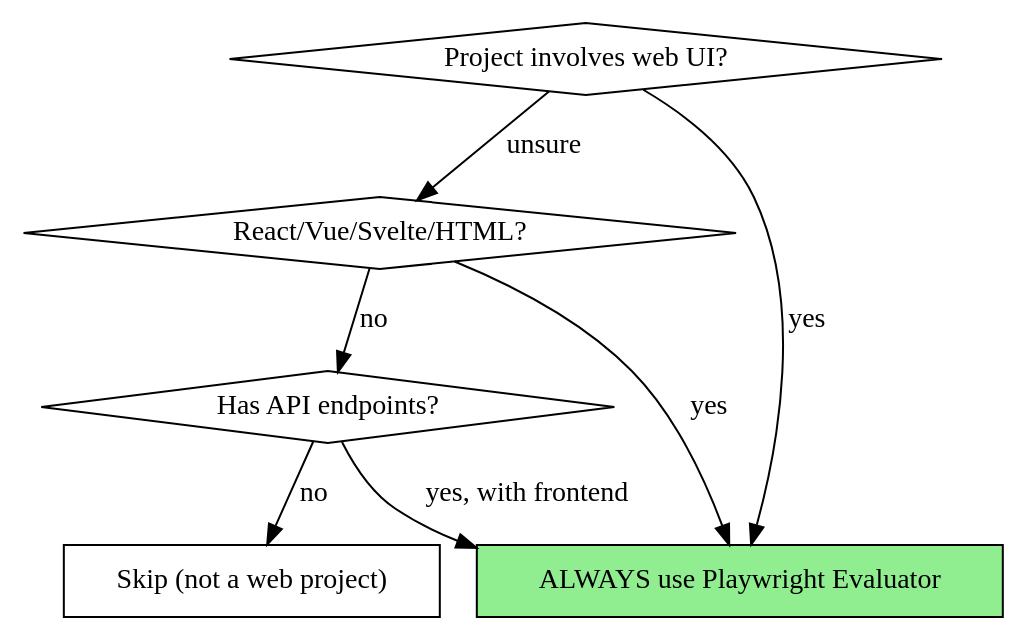
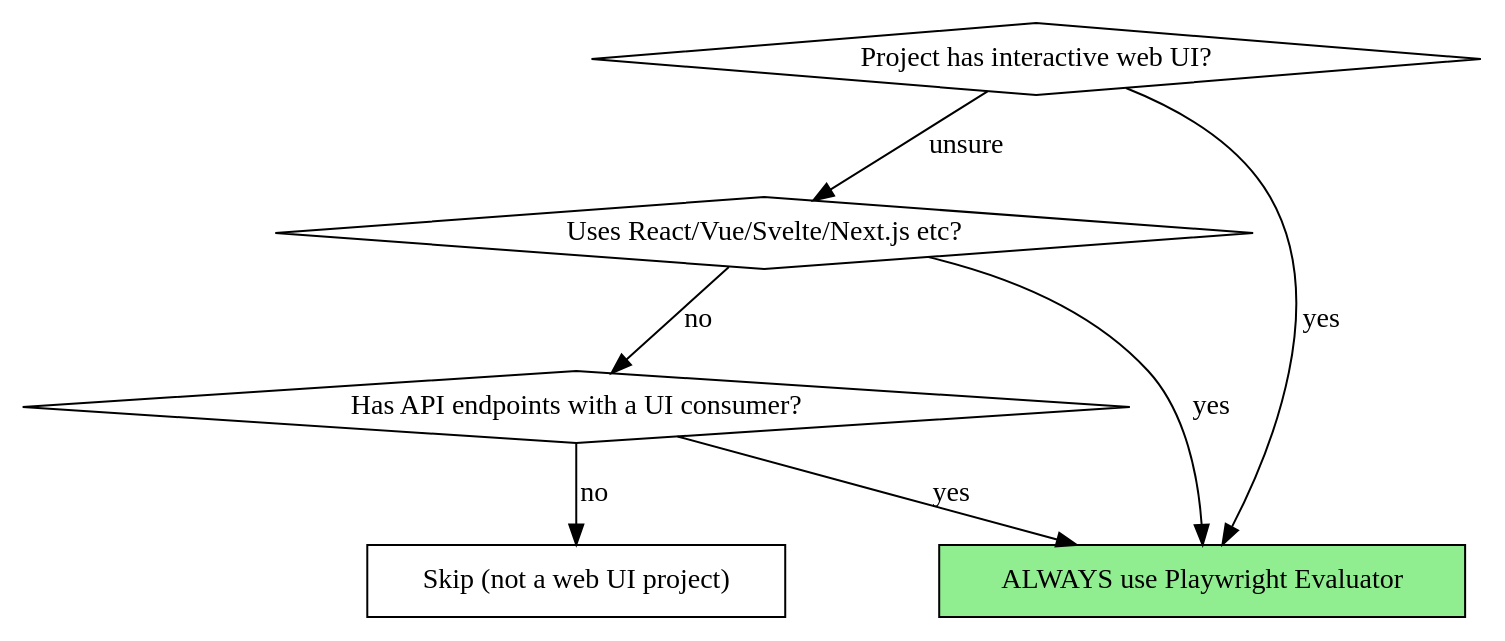
One commit to cateyelow/superpowers-custom changed the first of 2 diagrams in skills/web-app-evaluation/SKILL.md. Above: the diagram before and after it, drawn with Graphviz. The commit also changed other lines of this file and 7 other files, not shown here.

````diff
--- a/skills/web-app-evaluation/SKILL.md
+++ b/skills/web-app-evaluation/SKILL.md
@@ -16,16 +16,16 @@
 ```dot
 digraph applies {
-    "Project involves web UI?" [shape=diamond];
-    "React/Vue/Svelte/HTML?" [shape=diamond];
-    "Has API endpoints?" [shape=diamond];
+    "Project has interactive web UI?" [shape=diamond];
+    "Uses React/Vue/Svelte/Next.js etc?" [shape=diamond];
+    "Has API endpoints with a UI consumer?" [shape=diamond];
     "ALWAYS use Playwright Evaluator" [shape=box style=filled fillcolor=lightgreen];
-    "Skip (not a web project)" [shape=box];
+    "Skip (not a web UI project)" [shape=box];
 
-    "Project involves web UI?" -> "ALWAYS use Playwright Evaluator" [label="yes"];
-    "Project involves web UI?" -> "React/Vue/Svelte/HTML?" [label="unsure"];
-    "React/Vue/Svelte/HTML?" -> "ALWAYS use Playwright Evaluator" [label="yes"];
-    "React/Vue/Svelte/HTML?" -> "Has API endpoints?" [label="no"];
-    "Has API endpoints?" -> "ALWAYS use Playwright Evaluator" [label="yes, with frontend"];
-    "Has API endpoints?" -> "Skip (not a web project)" [label="no"];
+    "Project has interactive web UI?" -> "ALWAYS use Playwright Evaluator" [label="yes"];
+    "Project has interactive web UI?" -> "Uses React/Vue/Svelte/Next.js etc?" [label="unsure"];
+    "Uses React/Vue/Svelte/Next.js etc?" -> "ALWAYS use Playwright Evaluator" [label="yes"];
+    "Uses React/Vue/Svelte/Next.js etc?" -> "Has API endpoints with a UI consumer?" [label="no"];
+    "Has API endpoints with a UI consumer?" -> "ALWAYS use Playwright Evaluator" [label="yes"];
+    "Has API endpoints with a UI consumer?" -> "Skip (not a web UI project)" [label="no"];
 }
 ```
````
